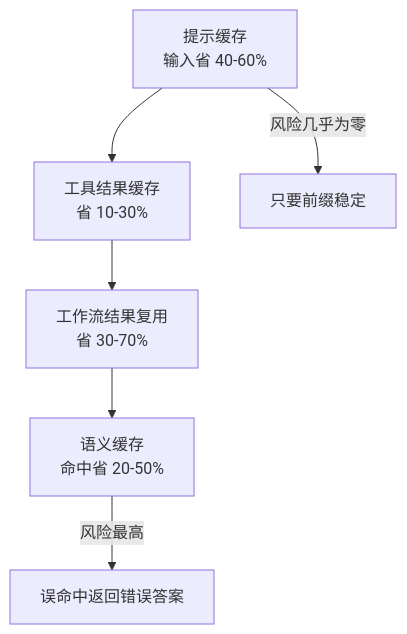
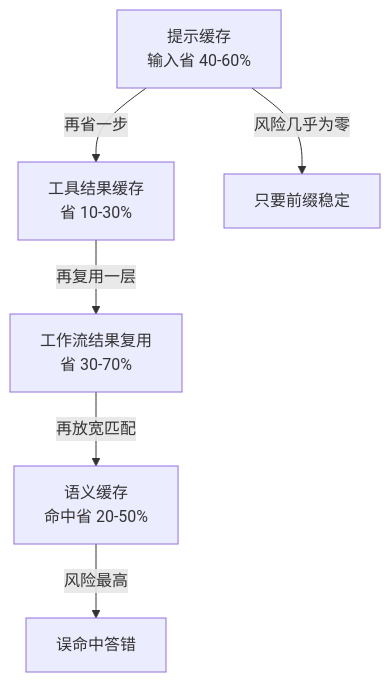
The third of 4 diagrams in vault/工程知识/AI 系统工程：从模型能力到生产能力/质量与运营/Agent的缓存与结果复用.md (hub138/technical-knowledge), drawn with Mermaid before and after one commit. The commit also changed other lines of this file and 622 other files, not shown here.

````diff
--- a/vault/工程知识/AI 系统工程：从模型能力到生产能力/质量与运营/Agent的缓存与结果复用.md
+++ b/vault/工程知识/AI 系统工程：从模型能力到生产能力/质量与运营/Agent的缓存与结果复用.md
@@ -174,8 +223,8 @@
 ```mermaid
 graph TD
-    A["提示缓存<br/>输入省 40-60%"] --> B["工具结果缓存<br/>省 10-30%"]
-    B --> C["工作流结果复用<br/>省 30-70%"]
-    C --> D["语义缓存<br/>命中省 20-50%"]
+    A["提示缓存<br/>输入省 40-60%"] -->|再省一步| B["工具结果缓存<br/>省 10-30%"]
+    B -->|再复用一层| C["工作流结果复用<br/>省 30-70%"]
+    C -->|再放宽匹配| D["语义缓存<br/>命中省 20-50%"]
     A -->|风险几乎为零| E["只要前缀稳定"]
-    D -->|风险最高| F["误命中返回错误答案"]
+    D -->|风险最高| F["误命中答错"]
 ```
````
